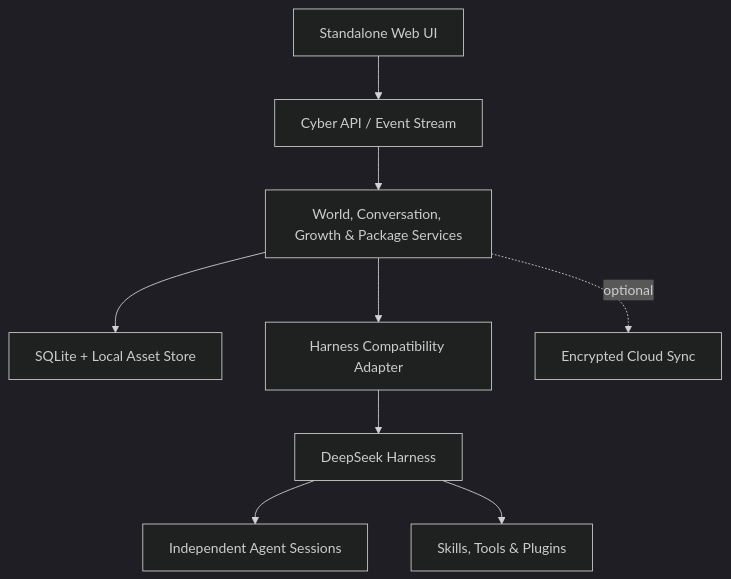
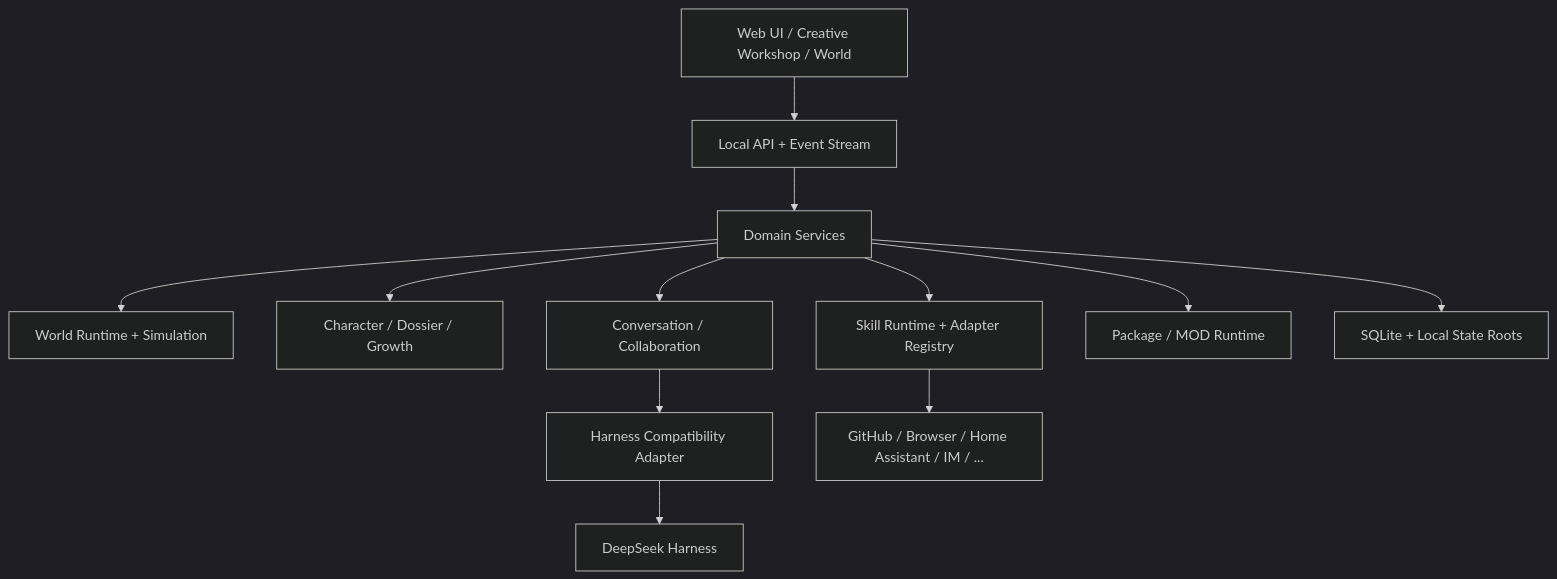
The diagram in README.md (cyber-ai-agent/dsh-cyber), drawn with Mermaid (dark theme) before and after one commit. The commit also changed other lines of this file, not shown here.

Commit message:
docs: rewrite README for Creative Platform vision

````diff
--- a/README.md
+++ b/README.md
@@ -135,11 +169,25 @@
 ```mermaid
 flowchart TB
-  UI["Standalone Web UI"] --> API["Cyber API / Event Stream"]
-  API --> Kernel["World, Conversation, Growth & Package Services"]
-  Kernel --> Store["SQLite + Local Asset Store"]
-  Kernel --> Adapter["Harness Compatibility Adapter"]
-  Adapter --> DSH["DeepSeek Harness"]
-  DSH --> Agents["Independent Agent Sessions"]
-  DSH --> Plugins["Skills, Tools & Plugins"]
-  Kernel -. optional .-> Sync["Encrypted Cloud Sync"]
+    UI[Web UI / Creative Workshop / World]
+    API[Local API + Event Stream]
+    DOMAIN[Domain Services]
+    WORLD[World Runtime + Simulation]
+    CHAR[Character / Dossier / Growth]
+    CONV[Conversation / Collaboration]
+    SKILL[Skill Runtime + Adapter Registry]
+    PKG[Package / MOD Runtime]
+    STORE[SQLite + Local State Roots]
+    HARNESS[Harness Compatibility Adapter]
+    DSH[DeepSeek Harness]
+    REAL[GitHub / Browser / Home Assistant / IM / ...]
+
+    UI --> API --> DOMAIN
+    DOMAIN --> WORLD
+    DOMAIN --> CHAR
+    DOMAIN --> CONV
+    DOMAIN --> SKILL
+    DOMAIN --> PKG
+    DOMAIN --> STORE
+    CONV --> HARNESS --> DSH
+    SKILL --> REAL
 ```
````
